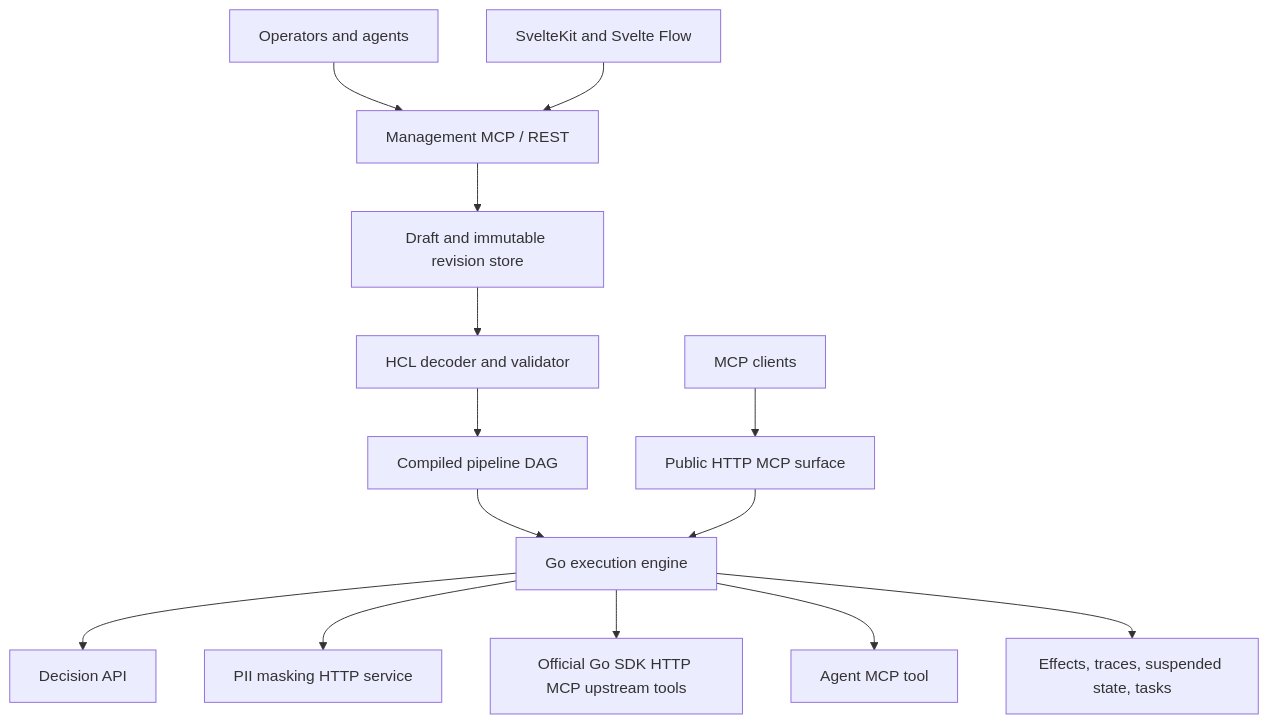
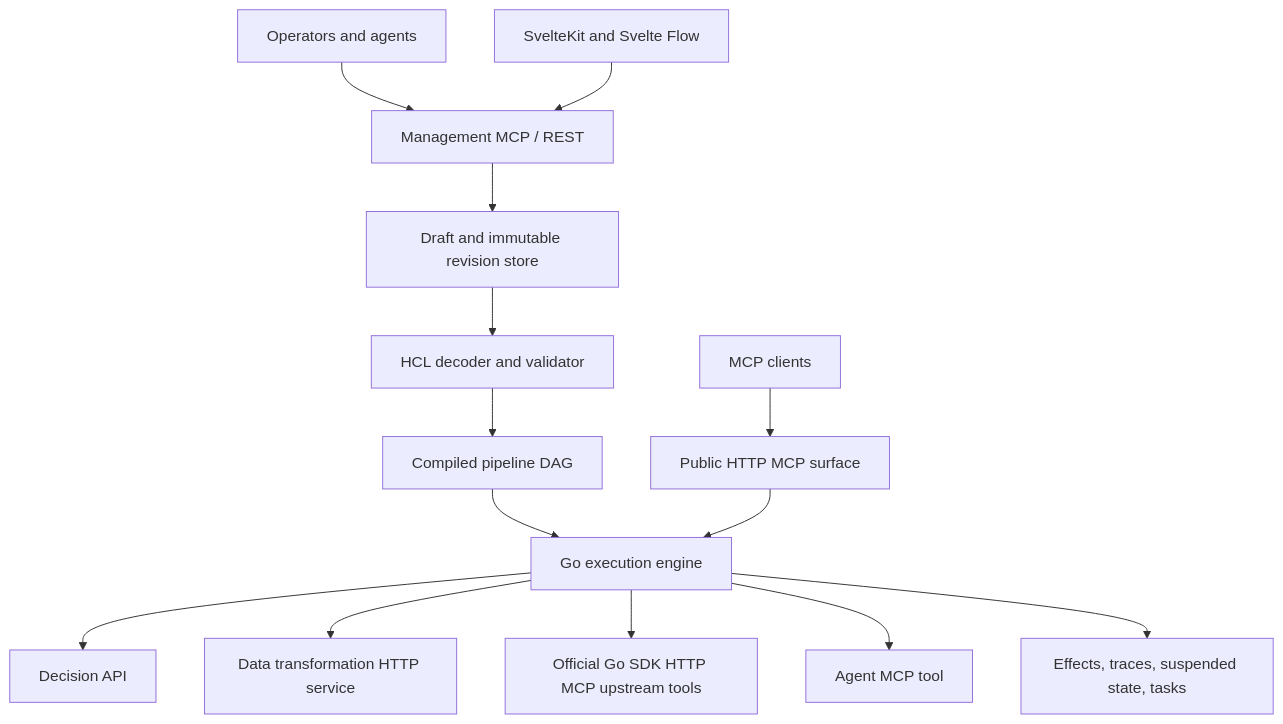
Before and after one commit to burkostya/regate: the diagram in docs/architecture/overview.md, drawn with Mermaid. The commit also changed other lines of this file and 10 other files, not shown here.

````diff
--- a/docs/architecture/overview.md
+++ b/docs/architecture/overview.md
@@ -9,16 +9,16 @@
 ```mermaid
 flowchart TB
   Clients[MCP clients] --> Surface[Public HTTP MCP surface]
   Operators[Operators and agents] --> Admin[Management MCP / REST]
   UI[SvelteKit and Svelte Flow] --> Admin
   Admin --> Store[Draft and immutable revision store]
   Store --> Config[HCL decoder and validator]
   Config --> IR[Compiled pipeline DAG]
   IR --> Runtime[Go execution engine]
   Surface --> Runtime
   Runtime --> Decisions[Decision API]
-  Runtime --> PII[PII masking HTTP service]
+  Runtime --> Transform[Data transformation HTTP service]
   Runtime --> Upstream[Official Go SDK HTTP MCP upstream tools]
   Runtime --> Agent[Agent MCP tool]
   Runtime --> Journal[Effects, traces, suspended state, tasks]
 ```
````
